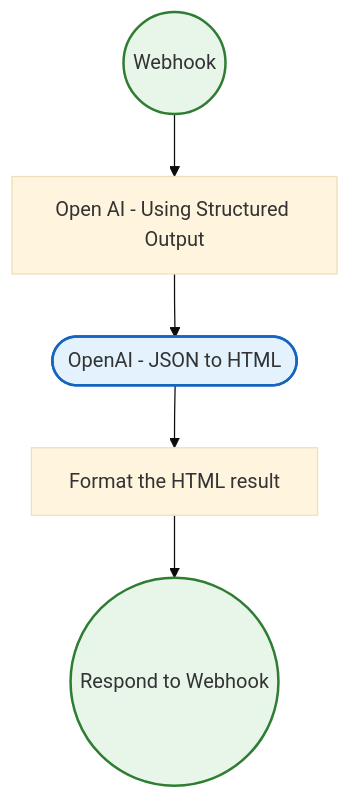
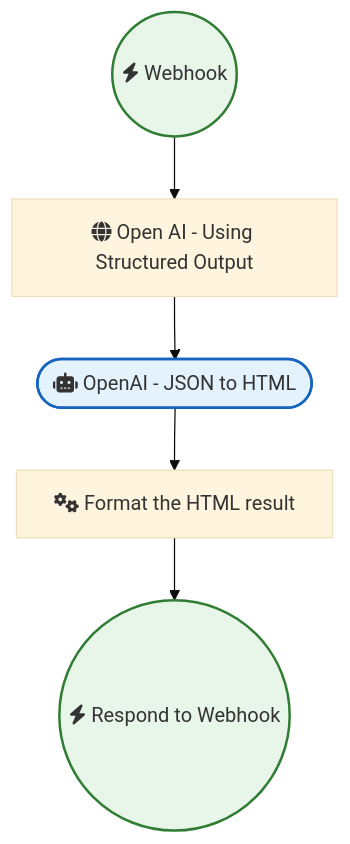
Before and after one commit to sreyash3105/N8N-DEMO-AUTOMATIONS: the diagram in OpenAI_and_LLMs/Dynamically Generate Html Page From User Request Using Openai Structured Output.md, drawn with Mermaid (base theme). The commit also changed 291 other files, not shown here.

````diff
--- a/OpenAI_and_LLMs/Dynamically Generate Html Page From User Request Using Openai Structured Output.md
+++ b/OpenAI_and_LLMs/Dynamically Generate Html Page From User Request Using Openai Structured Output.md
@@ -1,17 +1,17 @@
 ```mermaid
 graph TD
     classDef trigger fill:#e8f5e9,stroke:#2e7d32,stroke-width:2px;
     classDef ai fill:#e3f2fd,stroke:#1565c0,stroke-width:2px;
     classDef logic fill:#fff3e0,stroke:#ef6c00,stroke-width:2px;
 
-    Respond_to_Webhook(("Respond to Webhook")):::trigger
-    Open_AI___Using_Structured_Output["Open AI - Using Structured Output"]
-    OpenAI___JSON_to_HTML(["OpenAI - JSON to HTML"]):::ai
-    Format_the_HTML_result["Format the HTML result"]
-    Webhook(("Webhook")):::trigger
+    Respond_to_Webhook(("fas:fa-bolt Respond to Webhook")):::trigger
+    Open_AI___Using_Structured_Output["fas:fa-globe Open AI - Using Structured Output"]
+    OpenAI___JSON_to_HTML(["fas:fa-robot OpenAI - JSON to HTML"]):::ai
+    Format_the_HTML_result["fas:fa-cogs Format the HTML result"]
+    Webhook(("fas:fa-bolt Webhook")):::trigger
 
     Webhook --> Open_AI___Using_Structured_Output
     OpenAI___JSON_to_HTML --> Format_the_HTML_result
     Format_the_HTML_result --> Respond_to_Webhook
     Open_AI___Using_Structured_Output --> OpenAI___JSON_to_HTML
 ```
````
